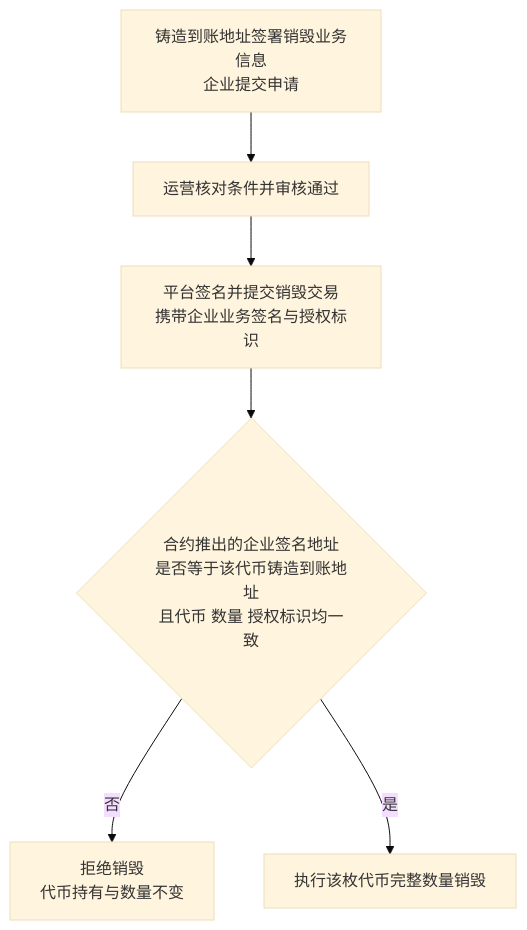
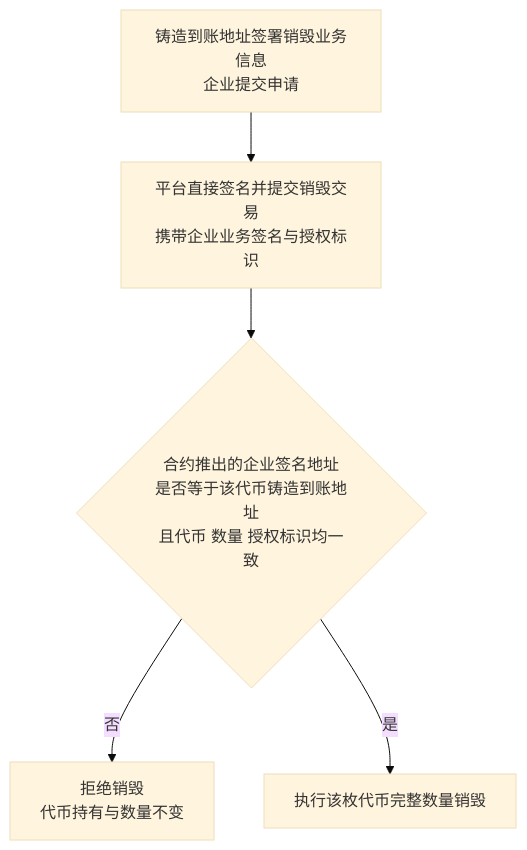
The fifth of 6 diagrams in token-issuance-platform/PRD/管理端/M6-合约管理/02-合约管理-流程图与状态机.md (wxblockchain/Chain-Financing), drawn with Mermaid (base theme) before and after one commit. The commit also changed other lines of this file and 16 other files, not shown here.

````diff
--- a/token-issuance-platform/PRD/管理端/M6-合约管理/02-合约管理-流程图与状态机.md
+++ b/token-issuance-platform/PRD/管理端/M6-合约管理/02-合约管理-流程图与状态机.md
@@ -110,8 +110,7 @@
 ```mermaid
 flowchart TD
-    A[铸造到账地址签署销毁业务信息<br/>企业提交申请] --> B[运营核对条件并审核通过]
-    B --> C[平台签名并提交销毁交易<br/>携带企业业务签名与授权标识]
+    A[铸造到账地址签署销毁业务信息<br/>企业提交申请] --> C[平台直接签名并提交销毁交易<br/>携带企业业务签名与授权标识]
     C --> D{合约推出的企业签名地址<br/>是否等于该代币铸造到账地址<br/>且代币 数量 授权标识均一致}
     D -->|否| E[拒绝销毁<br/>代币持有与数量不变]
     D -->|是| F[执行该枚代币完整数量销毁]
 ```
````
